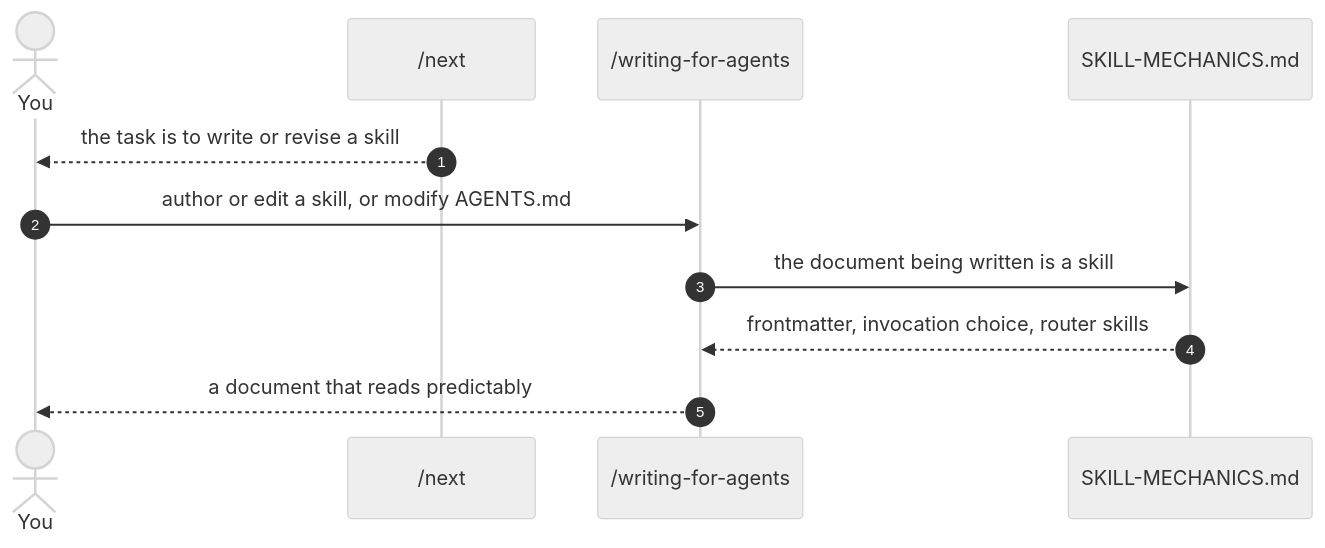
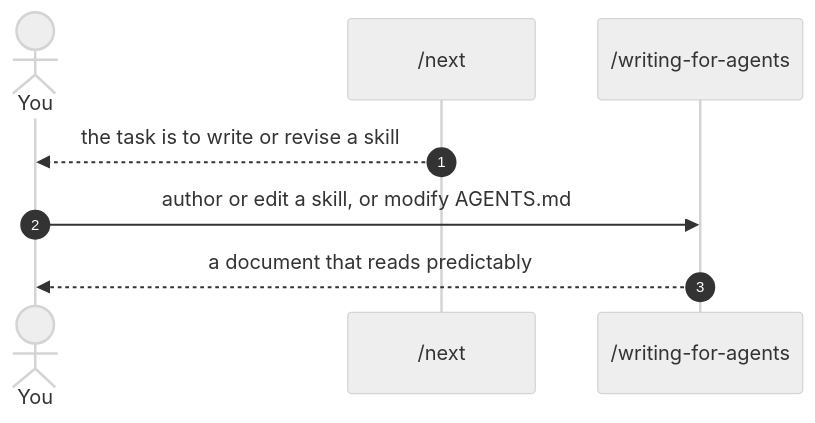
Before and after one commit to bradcstevens/git-loopy-skills: diagram 11 of 12 in docs/skill-connections.md, drawn with Mermaid (neutral theme). The commit also changed 4 other files, not shown here.

````diff
--- a/docs/skill-connections.md
+++ b/docs/skill-connections.md
@@ -460,14 +460,11 @@
 ```mermaid
 sequenceDiagram
     autonumber
     actor U as You
     participant NX as /next
     participant WFA as /writing-for-agents
-    participant SM as SKILL-MECHANICS.md
 
     NX-->>U: the task is to write or revise a skill
     U->>WFA: author or edit a skill, or modify AGENTS.md
-    WFA->>SM: the document being written is a skill
-    SM-->>WFA: frontmatter, invocation choice, router skills
     WFA-->>U: a document that reads predictably
 ```
````
